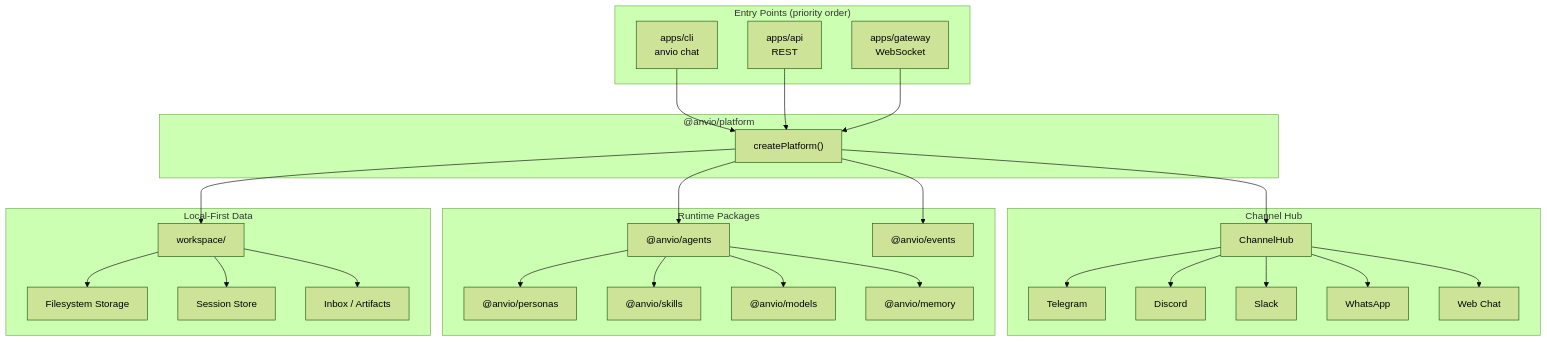
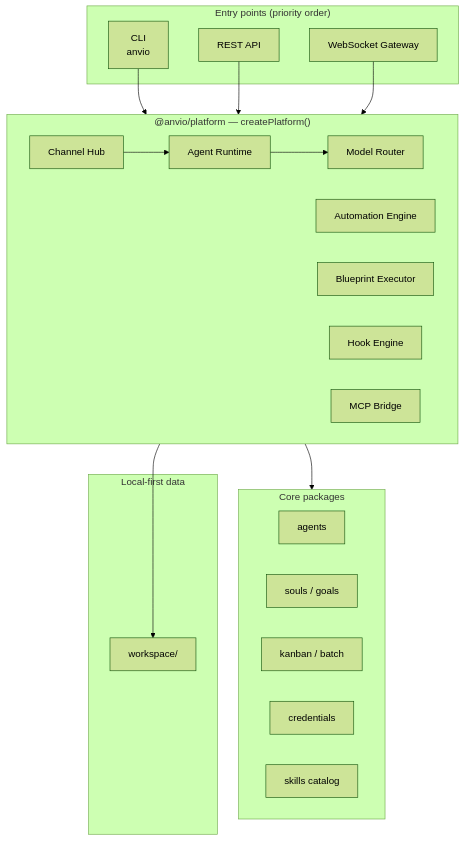
The third of 5 diagrams in README.md (viantonugroho11/Anvio), drawn with Mermaid (forest theme) before and after one commit. The commit also changed other lines of this file, not shown here.

First line of the commit message:
docs(readme): expand quick start, usage guide, and architecture visuals

````diff
--- a/README.md
+++ b/README.md
@@ -121,48 +457,38 @@
 ```mermaid
 flowchart TB
-    subgraph Entry["Entry Points (priority order)"]
-        CLI["apps/cli<br/>anvio chat"]
-        API["apps/api<br/>REST"]
-        GW["apps/gateway<br/>WebSocket"]
+    subgraph Entry["Entry points (priority order)"]
+        CLI["CLI<br/>anvio"]
+        API["REST API"]
+        GW["WebSocket Gateway"]
     end
 
-    subgraph Channels["Channel Hub"]
-        CH["ChannelHub"]
-        TG["Telegram"]
-        DC["Discord"]
-        SL["Slack"]
-        WA["WhatsApp"]
-        WC["Web Chat"]
+    subgraph Platform["@anvio/platform — createPlatform()"]
+        CH["Channel Hub"]
+        RT["Agent Runtime"]
+        RTG["Model Router"]
+        AUTO["Automation Engine"]
+        BP["Blueprint Executor"]
+        HK["Hook Engine"]
+        MCP["MCP Bridge"]
     end
 
-    subgraph Platform["@anvio/platform"]
-        CP["createPlatform()"]
+    subgraph Packages["Core packages"]
+        AG["agents"]
+        SO["souls / goals"]
+        KB["kanban / batch"]
+        CR["credentials"]
+        SK["skills catalog"]
     end
 
-    subgraph Core["Runtime Packages"]
-        AG["@anvio/agents"]
-        PE["@anvio/personas"]
-        SK["@anvio/skills"]
-        MO["@anvio/models"]
-        ME["@anvio/memory"]
-        EV["@anvio/events"]
+    subgraph Data["Local-first data"]
+        WS["workspace/"]
     end
 
-    subgraph Data["Local-First Data"]
-        WS["workspace/"]
-        FS["Filesystem Storage"]
-        SS["Session Store"]
-        IN["Inbox / Artifacts"]
-    end
-
-    CLI --> CP
-    API --> CP
-    GW --> CP
-    CP --> CH
-    CH --> TG & DC & SL & WA & WC
-    CP --> AG
-    AG --> PE & SK & MO & ME
-    CP --> EV
-    CP --> WS
-    WS --> FS & SS & IN
+    CLI --> Platform
+    API --> Platform
+    GW --> Platform
+    Platform --> Packages
+    Platform --> WS
+    CH --> RT
+    RT --> RTG
 ```
````
